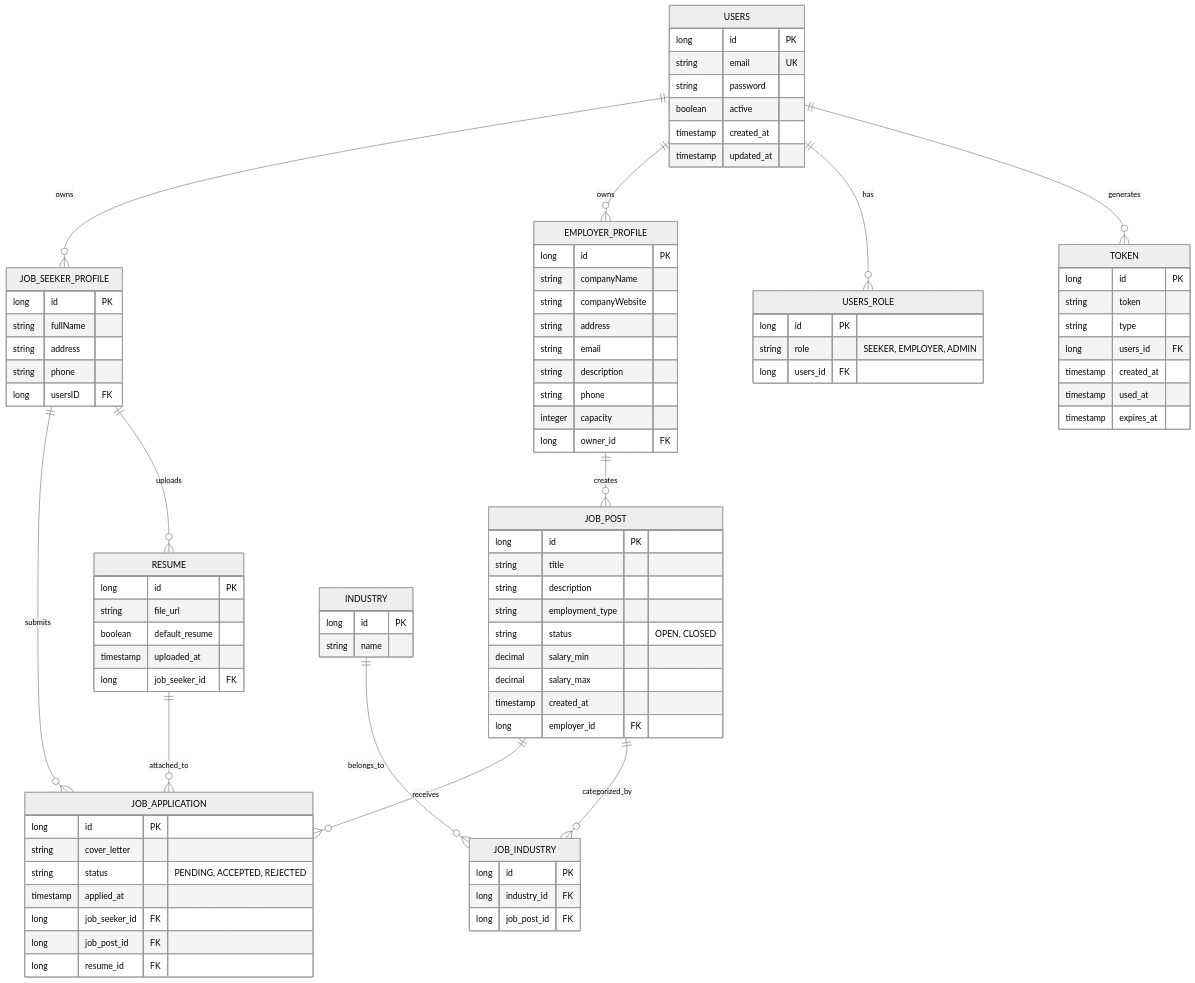
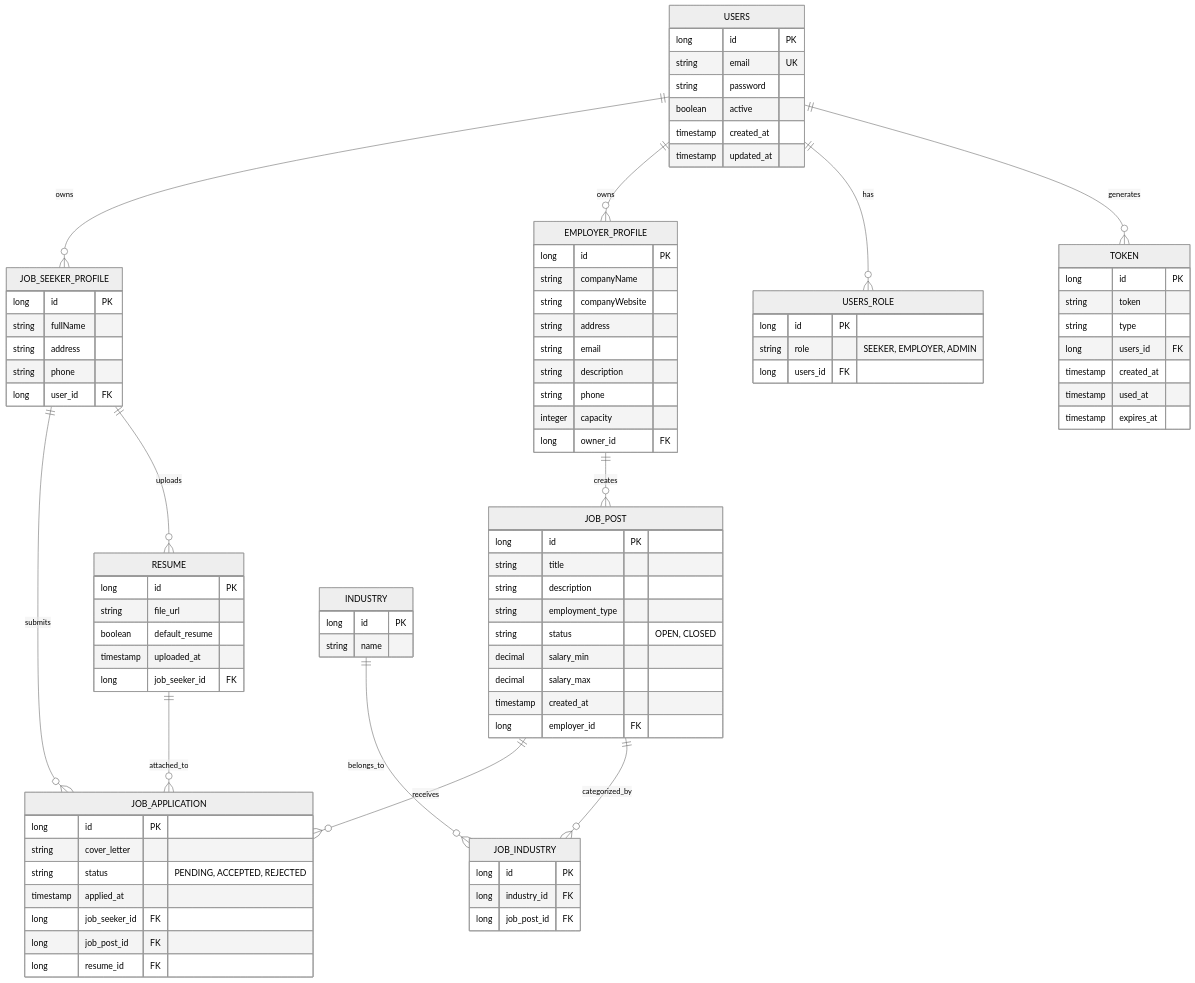
One commit to nguyenkhaan/JobPortalBE changed the diagram in README.md. Above: the diagram before and after it, drawn with Mermaid (neutral theme). The commit also changed 11 other files, not shown here.

Commit message:
fix: update database - change from users to user

```diff
--- a/README.md
+++ b/README.md
@@ -47,7 +47,7 @@
         string fullName
         string address
         string phone
-        long usersID FK
+        long user_id FK
     }
 
     EMPLOYER_PROFILE {
```
